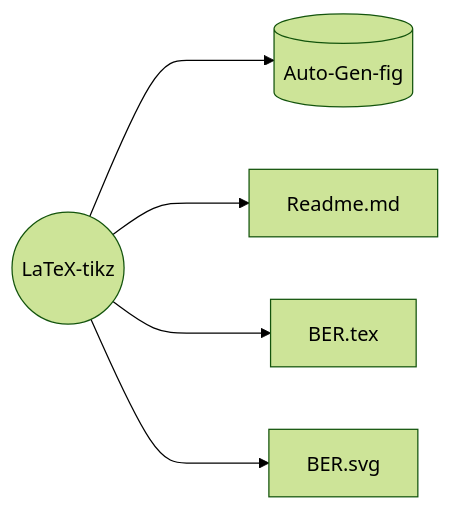
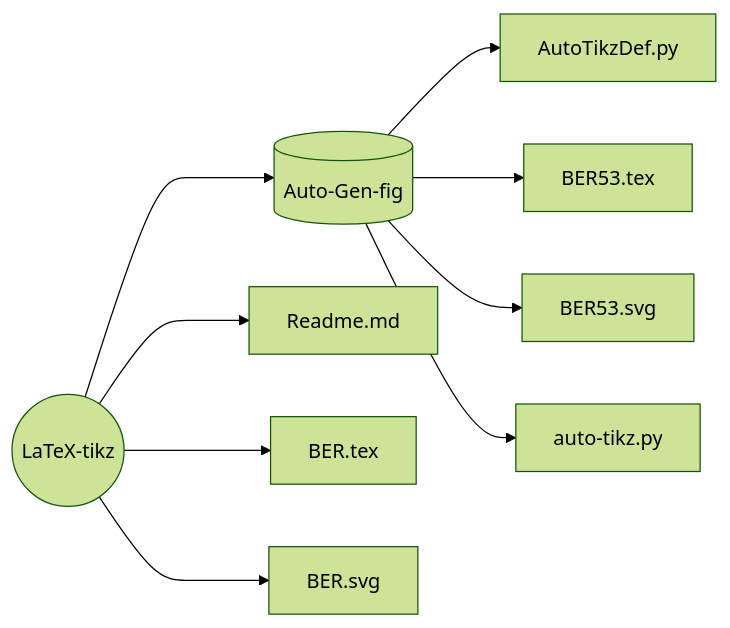
One commit to Wilhelmine21/Wilhelmine21 changed the third of 10 diagrams in README.md. Above: the diagram before and after it, drawn with Mermaid (forest theme). The commit also changed other lines of this file, not shown here.

````diff
--- a/README.md
+++ b/README.md
@@ -37,8 +37,13 @@
 ```mermaid
 graph LR;
 LaTeX-tikz((LaTeX-tikz)) ---> Auto-Gen-fig[(Auto-Gen-fig)]
 
 LaTeX-tikz ---> Readme.md
 LaTeX-tikz ---> BER.tex
 LaTeX-tikz ---> BER.svg
+
+Auto-Gen-fig --> AutoTikzDef.py
+Auto-Gen-fig --> BER53.tex
+Auto-Gen-fig --> BER53.svg
+Auto-Gen-fig --> auto-tikz.py
 ```
````
